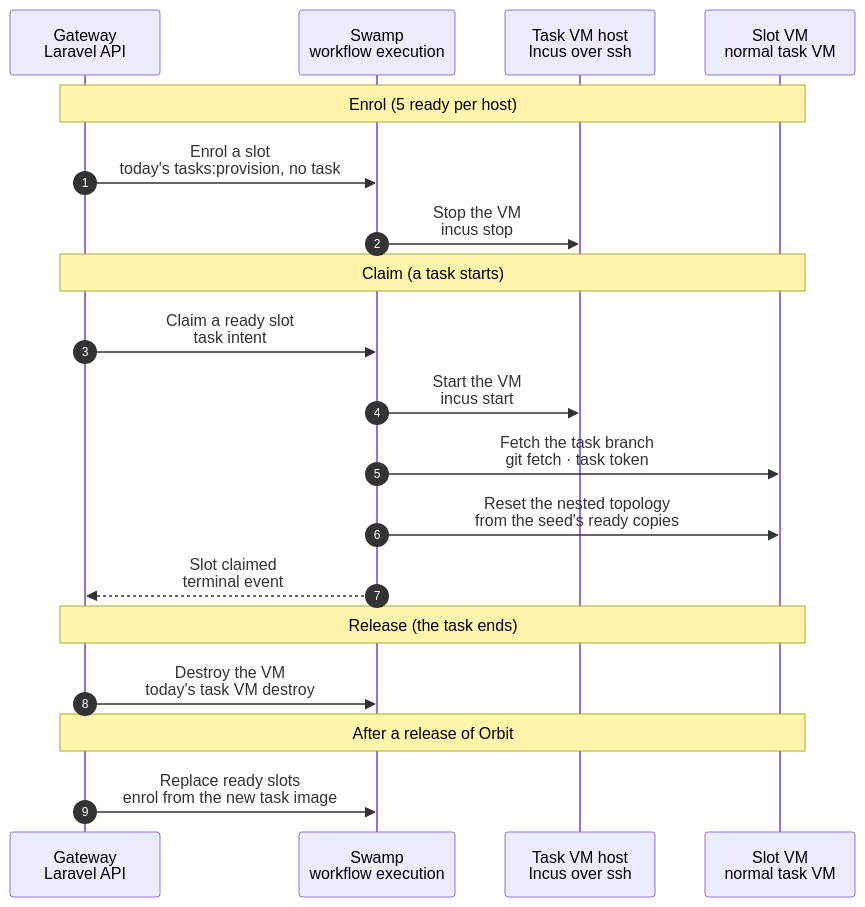
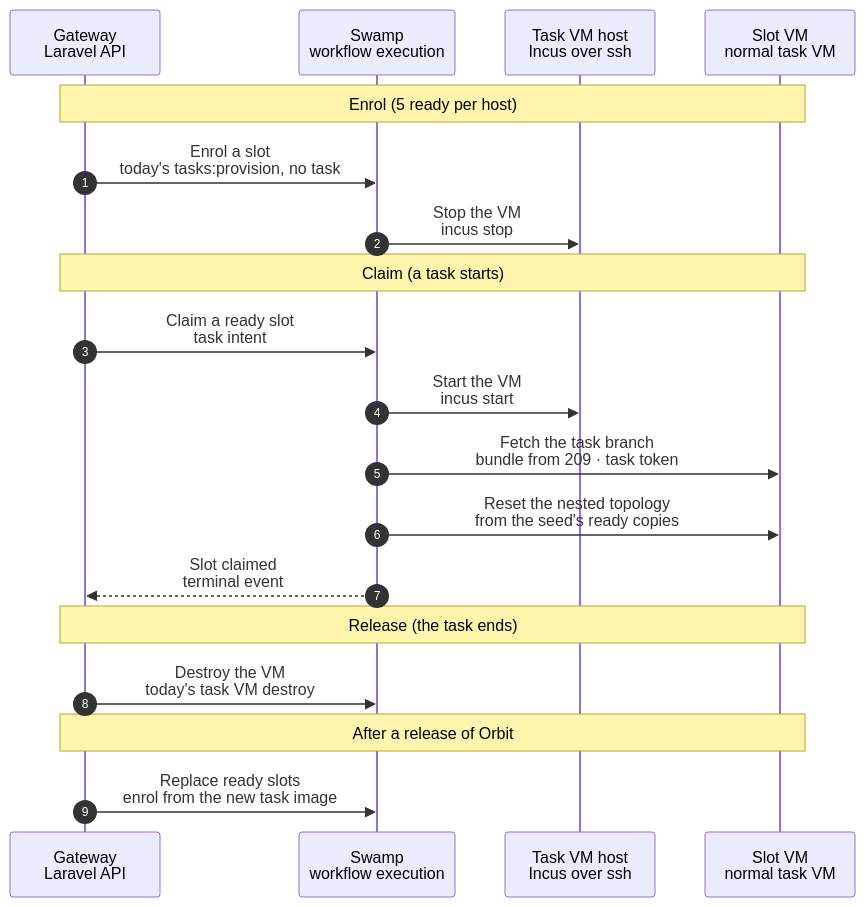
One commit to hardimpactdev/orbit changed the diagram in docs/cli/tasks/vm-slots.mmd. Above: the diagram before and after it, drawn with Mermaid.

Commit message:
docs(task-vms): simpler claim: no pre-clone, today's workspace child, seed attached at enrol

```diff
--- a/docs/cli/tasks/vm-slots.mmd
+++ b/docs/cli/tasks/vm-slots.mmd
@@ -1,54 +1,62 @@
 sequenceDiagram
   %% Target design: simple task VM slots (2026-11-05 redesign). A slot is a normal task VM, enrolled ahead of time by today's tasks:provision and kept stopped. Claim = start a ready one. Release = destroy it. The pool refills by enrolling a new one. No snapshots, no identity volume, no baked slot units, no new state machine.
   %% status: draft
   %% command: none · task VM slots (enrol, claim, release, refill)
   %% kind: task_vm.slots
   autonumber
   %% lane GW icon=gateway pill=intent tone=blue
   %% lane SW icon=workflow pill=executes tone=green
   %% lane H icon=server pill=target tone=amber
   %% lane VM icon=server pill=target tone=purple
   participant GW as Gateway<br/>Laravel API
   participant SW as Swamp<br/>workflow execution
   participant H as Task VM host<br/>Incus over ssh
   participant VM as Slot VM<br/>normal task VM
   Note over GW,VM: Enrol (5 ready per host)
   %%> Decided by the orchestrator, for Nick's review (2026-11-06):
-  %%> - a host keeps slots only when its task VM settings name them: `task_vms.slots` = `{count, project_id, size}`, for example `{"count": 5, "project_id": 46, "size": "large"}`; without it the host has no pool and every provision clones, as today
-  %%> - a slot serves one Project and one size, because the claim only fetches: the slot already holds that Project's checkout with its setup done
-  %%> - a slot is a task VM row with no group and `slot_project_id` set; while it is stopped and unclaimed it takes no capacity (`max_vms`), because a stopped VM holds disk, not memory; an enrolling slot runs, so it takes capacity
-  %%> - one refill rule, run after every enrol, claim, destroy, image promotion and settings change: when no slot of the host is enrolling or being replaced, enrol one if the pool is below `count`, else replace one stale slot
-  %%> - a failed enrol keeps its VM for diagnosis and stops the refill of that host until that VM is destroyed
+  %%> - a host keeps slots only when its task VM settings name them: `task_vms.slots` = `{count, project_id, size}`, for example `{"count": 5, "project_id": 46, "size": "large"}`; without it, the host has no pool and every provision clones, as today
+  %%> - a slot serves one Project and one size: the enrol converge exports that Project's checkout path to the nested network, and the claim needs that size
+  %%> - a slot is a task VM row with no group and with `slot_project_id` set
+  %%> - a stopped slot that no group holds takes no capacity (`max_vms`), because it holds disk, not memory; an enrolling slot runs, so it takes capacity
+  %%> - the pool counts the slots that are ready or enrolling
   GW->>SW: Enrol a slot<br/>today's tasks:provision, no task
   %%> Exactly today's path: clone the current task image, boot, enrol (keys, WireGuard, observer), model key, Pi. Runs in the background whenever the pool is below 5.
   %%> Decided by the orchestrator, for Nick's review (2026-11-06):
-  %%> - kind `task_vm.slot_enrol`, workflow `operation-task-vm-slot-enrol`: the VM child of tasks:provision, then its workspace child at the newest green commit of the Project's default branch (bundle clone and the Project setup steps), then "Converge once" (task VM role phases with the NFS export of the checkout)
-  %%> - no nested fleet, Route or Processes: the claim starts them for the task
-  %%> - the Gateway records on the slot its image and the digest of what the image carries (playbooks, pins, lock files)
+  %%> - kind `task_vm.slot_enrol`, workflow `operation-task-vm-slot-enrol`: the VM child of tasks:provision, which also attaches a clone of the host's topology seed, then "Converge once" (task VM role phases: nested Incus with the seed pool, the NFS export of the checkout path)
+  %%> - no workspace, nested fleet, Route or Processes: the claim makes them for the task
+  %%> - the slot gets its own Pi token and model key at enrol, as a task VM does today
   SW->>H: Stop the VM<br/>incus stop
   %%> A stopped VM costs disk, not memory. The Gateway records it as a ready slot.
-  %%> Decided by the orchestrator, for Nick's review: the row becomes `parked` with no group, the state a parked task VM has today; the host sweep leaves slot rows alone.
+  %%> Decided by the orchestrator, for Nick's review (2026-11-06):
+  %%> - the row becomes `parked` with no group, the state that a parked task VM has today; the host sweep leaves slot rows alone
+  %%> - a failed enrol is destroyed at once with today's destroy; its Operation keeps the step output; that host enrols again only at a trigger 15 minutes or more after the failure
   Note over GW,VM: Claim (a task starts)
   GW->>SW: Claim a ready slot<br/>task intent
   %%> Decided by the orchestrator, for Nick's review (2026-11-06):
-  %%> - `tasks:provision` admission takes the oldest ready slot whose Project and size are the group's and whose image and digest are current, on a host with capacity for it; the VM joins the group in the admission transaction
+  %%> - `tasks:provision` admission takes the oldest ready slot whose Project and size are the group's and whose image is the host's last promoted image, on a host with capacity for it; a group with `current_recipe` takes only a slot of the current recipe
+  %%> - the VM joins the group in the admission transaction; the run gets the receipt of the slot's enrol in place of the VM step's
   %%> - no ready slot: the same admission clones a new VM, exactly as today ("ready slot, else clone" of stage 2)
-  %%> - the run is today's `operation-task-provision`: it starts the slot instead of creating a VM, fetches instead of cloning, and skips "Converge once", because the slot converged at enrol with the current playbooks and pins
+  %%> - the run is today's `operation-task-provision`: it starts the slot in place of creating a VM, and skips "Converge once", because the slot converged at enrol
   SW->>H: Start the VM<br/>incus start
   %%> Seconds: the VM is already enrolled.
-  %%> Decided by the orchestrator, for Nick's review: the start, agent wait and Pi check of today's resume (`task_vm.resume`), as a child of the claim.
-  SW->>VM: Fetch the task branch<br/>git fetch · task token
-  %%> Decided by the orchestrator, for Nick's review (2026-11-06):
-  %%> - today's workspace child with one change: the bundle that Node 209 cloned with the task token is fetched into the existing checkout (`git fetch`), not cloned, then `git switch -C task-<group> <commit>`
-  %%> - the Project setup steps then run again on the warm checkout, so a changed lock file still installs
+  %%> Decided by the orchestrator, for Nick's review (2026-11-06): two pinned host steps, `incus start` and `incus wait … agent`, as in today's resume; the access of Node 209 is unchanged since the enrol, so no SSH converge runs
+  SW->>VM: Fetch the task branch<br/>bundle from 209 · task token
+  %%> Decided by the orchestrator, for Nick's review (2026-11-06): today's workspace child, unchanged: Node 209 clones with the task token and the VM imports the bundle, then the Project setup steps run. Another lane makes this step fast; the claim measures it on its own.
   SW->>VM: Reset the nested topology<br/>from the seed's ready copies
   %%> Only for tasks that need the topology.
+  %%> The seed clone was attached at enrol; it is the host's seed of the slot's image, because the stage 6 refresh promotes the image and its seed together and replaces older slots.
   SW-->>GW: Slot claimed<br/>terminal event
   %%> Decided by the orchestrator, for Nick's review: today's provision projection; the claimed VM is `ready` and belongs to the group, and the Gateway runs the refill rule.
   Note over GW,VM: Release (the task ends)
   GW->>SW: Destroy the VM<br/>today's task VM destroy
   %%> Exactly today's destroy. The Gateway then enrols a new slot to refill the pool.
+  %%> Decided by the orchestrator, for Nick's review (2026-11-06): one refill rule per host, run after every enrol, claim, destroy, image promotion and settings change.
+  %%> - it does nothing while a slot of the host enrols or is destroyed
+  %%> - else it enrols one slot when the pool is below `count`
+  %%> - else it destroys one stale slot
   Note over GW,VM: After a release of Orbit
   GW->>SW: Replace ready slots<br/>enrol from the new task image
   %%> Ready slots made from the old image are destroyed and enrolled again, one at a time, so a slot is always ready.
-  %%> Decided by the orchestrator, for Nick's review: a slot is stale when its image is not the host's last promoted image or its digest is not the current release's; the refill rule destroys one stale slot with today's destroy, and the end of that destroy enrols its replacement.
+  %%> Decided by the orchestrator, for Nick's review (2026-11-06):
+  %%> - a slot is stale when its image is not the host's last promoted image; the refill rule destroys one, and the end of that destroy enrols its replacement
+  %%> - between a release that changes playbooks and the promotion of the refreshed image, a claimed slot runs the playbooks of its enrol; the author's converge (stage 2) applies newer ones
```
